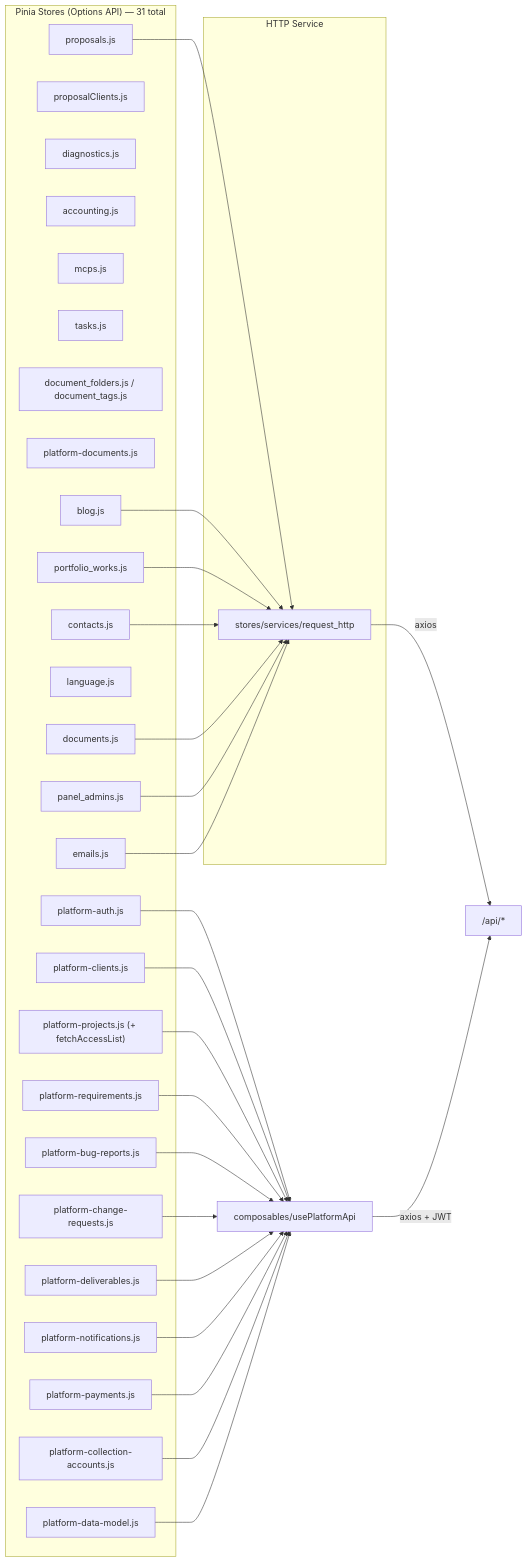
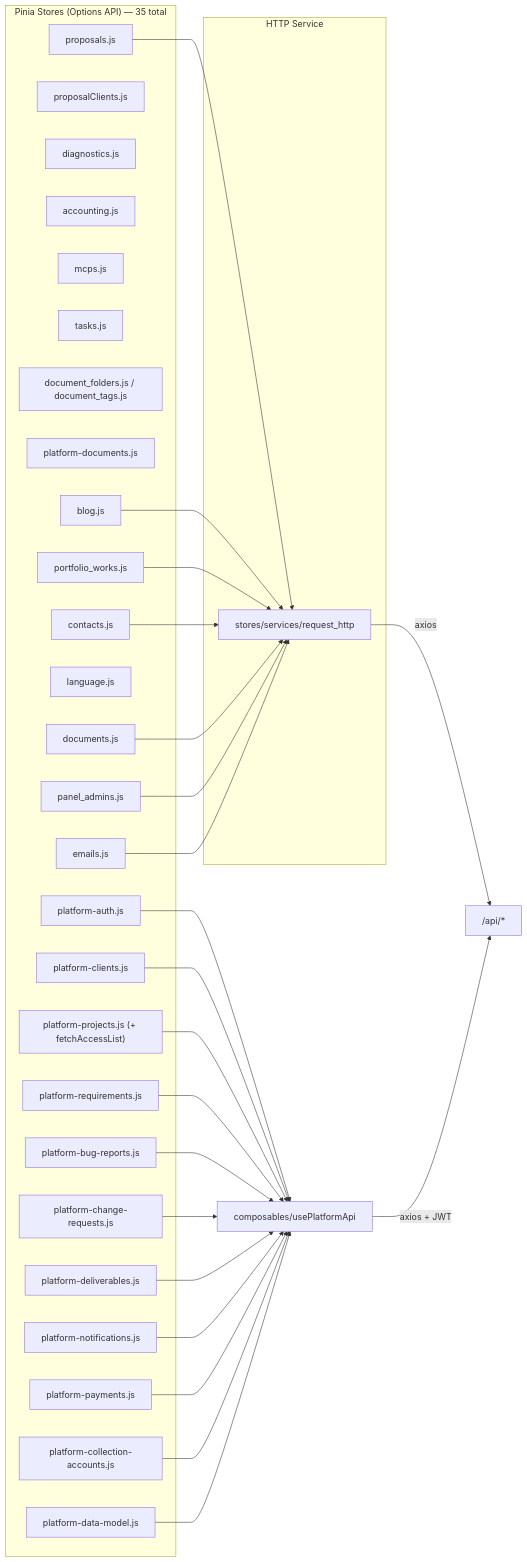
The seventh of 11 diagrams in docs/methodology/architecture.md (gustavop-dev/projectapp), drawn with Mermaid before and after one commit. The commit also changed 19 other files, not shown here.

````diff
--- a/docs/methodology/architecture.md
+++ b/docs/methodology/architecture.md
@@ -359,57 +359,57 @@
 ```mermaid
 flowchart LR
-    subgraph Stores["Pinia Stores (Options API) — 31 total"]
+    subgraph Stores["Pinia Stores (Options API) — 35 total"]
         ProposalStore["proposals.js"]
         ProposalClientsStore["proposalClients.js"]
         DiagnosticsStore["diagnostics.js"]
         AccountingStore["accounting.js"]
         McpsStore["mcps.js"]
         TasksStore["tasks.js"]
         DocumentFoldersStore["document_folders.js / document_tags.js"]
         PlatformDocumentsStore["platform-documents.js"]
         BlogStore["blog.js"]
         PortfolioStore["portfolio_works.js"]
         ContactStore["contacts.js"]
         LanguageStore["language.js"]
         DocumentStore["documents.js"]
         PanelAdmins["panel_admins.js"]
         PlatformAuth["platform-auth.js"]
         PlatformClients["platform-clients.js"]
         PlatformProjects["platform-projects.js (+ fetchAccessList)"]
         PlatformRequirements["platform-requirements.js"]
         PlatformBugReports["platform-bug-reports.js"]
         PlatformChangeRequests["platform-change-requests.js"]
         PlatformDeliverables["platform-deliverables.js"]
         PlatformNotifications["platform-notifications.js"]
         PlatformPayments["platform-payments.js"]
         PlatformCollectionAccounts["platform-collection-accounts.js"]
         PlatformDataModel["platform-data-model.js"]
         EmailsStore["emails.js"]
     end
 
     subgraph HTTP["HTTP Service"]
         RequestHTTP["stores/services/request_http"]
     end
 
     ProposalStore --> RequestHTTP
     BlogStore --> RequestHTTP
     PortfolioStore --> RequestHTTP
     ContactStore --> RequestHTTP
     DocumentStore --> RequestHTTP
     PanelAdmins --> RequestHTTP
     PlatformAuth --> PlatformHTTP["composables/usePlatformApi"]
     PlatformClients --> PlatformHTTP
     PlatformProjects --> PlatformHTTP
     PlatformRequirements --> PlatformHTTP
     PlatformBugReports --> PlatformHTTP
     PlatformChangeRequests --> PlatformHTTP
     PlatformDeliverables --> PlatformHTTP
     PlatformNotifications --> PlatformHTTP
     PlatformPayments --> PlatformHTTP
     PlatformCollectionAccounts --> PlatformHTTP
     PlatformDataModel --> PlatformHTTP
     EmailsStore --> RequestHTTP
 
     RequestHTTP -->|axios| API["/api/*"]
     PlatformHTTP -->|axios + JWT| API
 ```
````
